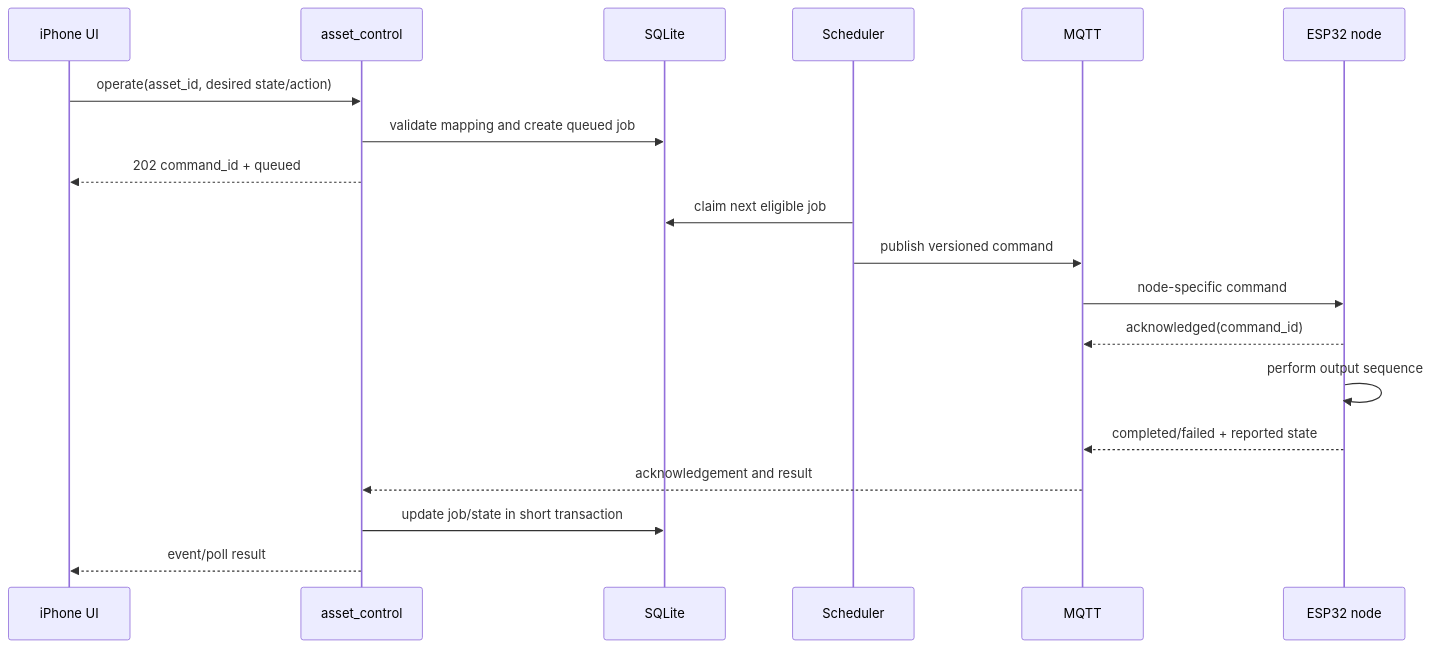
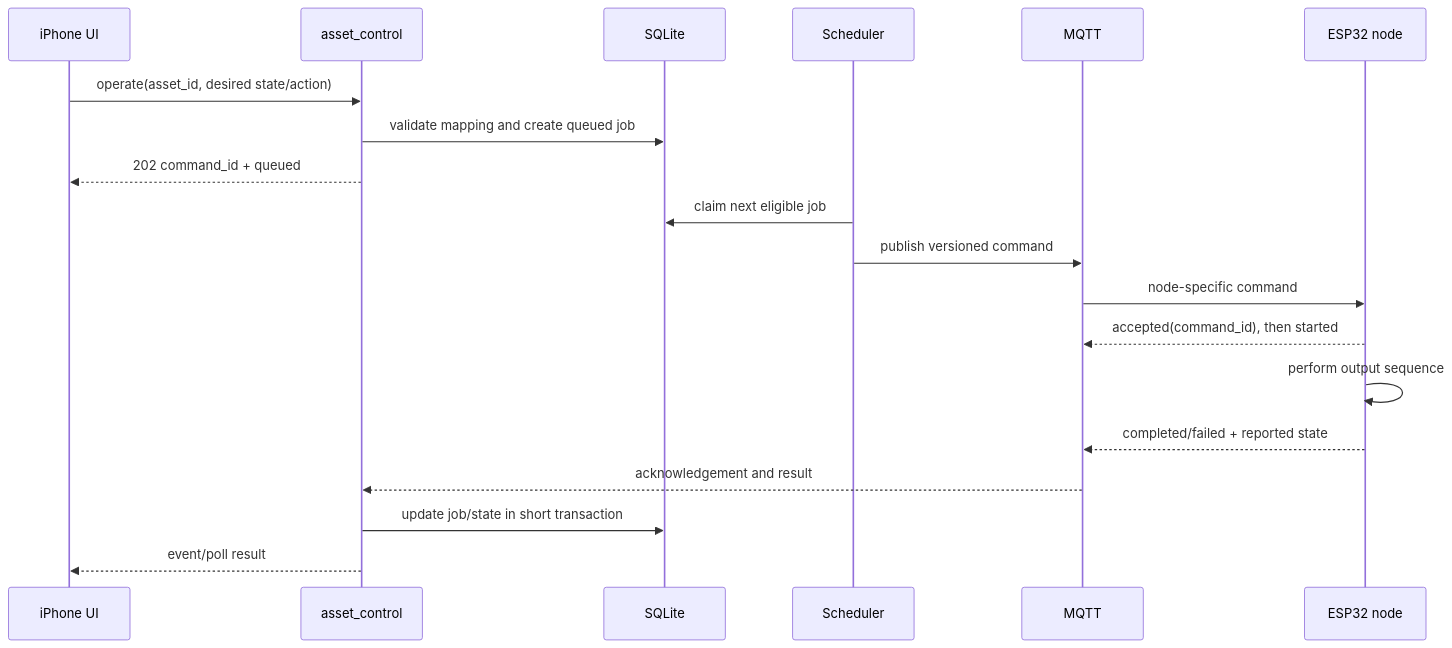
One commit to snehasiss/mtos changed the third of 3 diagrams in docs/architecture/asset-control-pre-design.md. Above: the diagram before and after it, drawn with Mermaid. The commit also changed other lines of this file and 7 other files, not shown here.

````diff
--- a/docs/architecture/asset-control-pre-design.md
+++ b/docs/architecture/asset-control-pre-design.md
@@ -211,22 +216,22 @@
 ```mermaid
 sequenceDiagram
     participant UI as iPhone UI
     participant AC as asset_control
     participant DB as SQLite
     participant Q as Scheduler
     participant MQ as MQTT
     participant N as ESP32 node
 
     UI->>AC: operate(asset_id, desired state/action)
     AC->>DB: validate mapping and create queued job
     AC-->>UI: 202 command_id + queued
     Q->>DB: claim next eligible job
     Q->>MQ: publish versioned command
     MQ->>N: node-specific command
-    N-->>MQ: acknowledged(command_id)
+    N-->>MQ: accepted(command_id), then started
     N->>N: perform output sequence
     N-->>MQ: completed/failed + reported state
     MQ-->>AC: acknowledgement and result
     AC->>DB: update job/state in short transaction
     AC-->>UI: event/poll result
 ```
````
